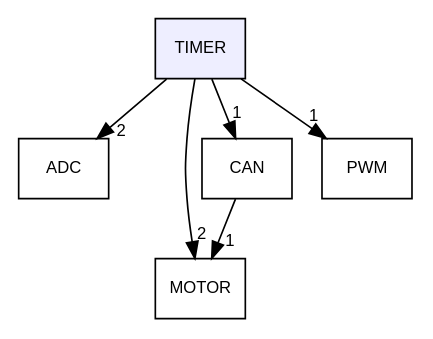
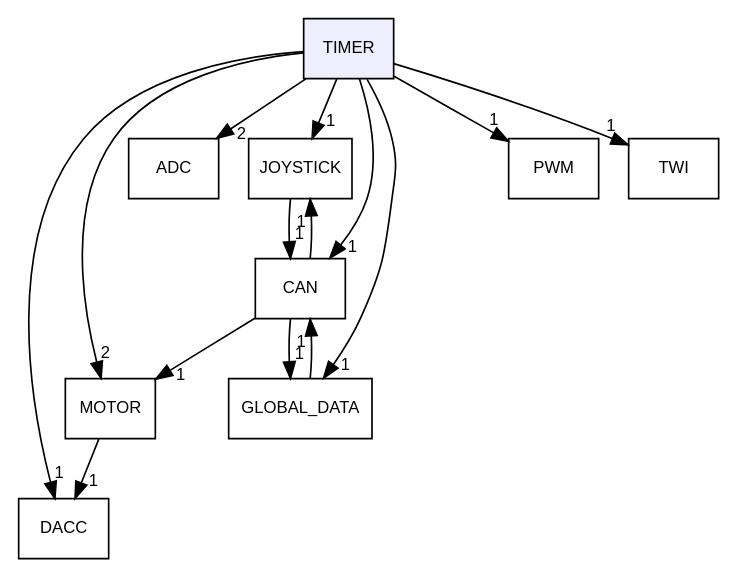
Before and after one commit to Sivaranjith1/Ping_Pong_embedded_project: the diagram in docs/atsam3x8e/dir_f13d34a2797cd5258e5fc25f252f92a1_dep.dot, drawn with Graphviz. The commit also changed 142 other files, not shown here.

```diff
--- a/docs/atsam3x8e/dir_f13d34a2797cd5258e5fc25f252f92a1_dep.dot
+++ b/docs/atsam3x8e/dir_f13d34a2797cd5258e5fc25f252f92a1_dep.dot
@@ -1,15 +1,28 @@
 digraph "TIMER" {
   compound=true
   node [ fontsize="10", fontname="Helvetica"];
   edge [ labelfontsize="10", labelfontname="Helvetica"];
   dir_f13d34a2797cd5258e5fc25f252f92a1 [shape=box, label="TIMER", style="filled", fillcolor="#eeeeff", pencolor="black", URL="dir_f13d34a2797cd5258e5fc25f252f92a1.html"];
+  dir_4f27e7031cf9911b67acf8207f7744bb [shape=box label="JOYSTICK" URL="dir_4f27e7031cf9911b67acf8207f7744bb.html"];
+  dir_229bff14d59bde3bd1f10fc5f108dd3e [shape=box label="DACC" URL="dir_229bff14d59bde3bd1f10fc5f108dd3e.html"];
   dir_739e530fc6fa038c379ec8b4170d8153 [shape=box label="ADC" URL="dir_739e530fc6fa038c379ec8b4170d8153.html"];
   dir_0a69cf46a61eed75dfa538db18e69e1d [shape=box label="MOTOR" URL="dir_0a69cf46a61eed75dfa538db18e69e1d.html"];
   dir_85f99c390bf4c27b62435416daf93629 [shape=box label="CAN" URL="dir_85f99c390bf4c27b62435416daf93629.html"];
+  dir_44a5a6bb2d0311402a695e793fbbe5ac [shape=box label="GLOBAL_DATA" URL="dir_44a5a6bb2d0311402a695e793fbbe5ac.html"];
   dir_3019c187a4dd8408cd979e2223f115c0 [shape=box label="PWM" URL="dir_3019c187a4dd8408cd979e2223f115c0.html"];
+  dir_726ca13d44601ba15fdc17a48cf2f549 [shape=box label="TWI" URL="dir_726ca13d44601ba15fdc17a48cf2f549.html"];
+  dir_4f27e7031cf9911b67acf8207f7744bb->dir_85f99c390bf4c27b62435416daf93629 [headlabel="1", labeldistance=1.5 headhref="dir_000006_000001.html"];
+  dir_0a69cf46a61eed75dfa538db18e69e1d->dir_229bff14d59bde3bd1f10fc5f108dd3e [headlabel="1", labeldistance=1.5 headhref="dir_000007_000002.html"];
+  dir_85f99c390bf4c27b62435416daf93629->dir_4f27e7031cf9911b67acf8207f7744bb [headlabel="1", labeldistance=1.5 headhref="dir_000001_000006.html"];
   dir_85f99c390bf4c27b62435416daf93629->dir_0a69cf46a61eed75dfa538db18e69e1d [headlabel="1", labeldistance=1.5 headhref="dir_000001_000007.html"];
+  dir_85f99c390bf4c27b62435416daf93629->dir_44a5a6bb2d0311402a695e793fbbe5ac [headlabel="1", labeldistance=1.5 headhref="dir_000001_000005.html"];
+  dir_f13d34a2797cd5258e5fc25f252f92a1->dir_4f27e7031cf9911b67acf8207f7744bb [headlabel="1", labeldistance=1.5 headhref="dir_000009_000006.html"];
+  dir_f13d34a2797cd5258e5fc25f252f92a1->dir_229bff14d59bde3bd1f10fc5f108dd3e [headlabel="1", labeldistance=1.5 headhref="dir_000009_000002.html"];
   dir_f13d34a2797cd5258e5fc25f252f92a1->dir_739e530fc6fa038c379ec8b4170d8153 [headlabel="2", labeldistance=1.5 headhref="dir_000009_000000.html"];
   dir_f13d34a2797cd5258e5fc25f252f92a1->dir_0a69cf46a61eed75dfa538db18e69e1d [headlabel="2", labeldistance=1.5 headhref="dir_000009_000007.html"];
   dir_f13d34a2797cd5258e5fc25f252f92a1->dir_85f99c390bf4c27b62435416daf93629 [headlabel="1", labeldistance=1.5 headhref="dir_000009_000001.html"];
+  dir_f13d34a2797cd5258e5fc25f252f92a1->dir_44a5a6bb2d0311402a695e793fbbe5ac [headlabel="1", labeldistance=1.5 headhref="dir_000009_000005.html"];
   dir_f13d34a2797cd5258e5fc25f252f92a1->dir_3019c187a4dd8408cd979e2223f115c0 [headlabel="1", labeldistance=1.5 headhref="dir_000009_000008.html"];
+  dir_f13d34a2797cd5258e5fc25f252f92a1->dir_726ca13d44601ba15fdc17a48cf2f549 [headlabel="1", labeldistance=1.5 headhref="dir_000009_000010.html"];
+  dir_44a5a6bb2d0311402a695e793fbbe5ac->dir_85f99c390bf4c27b62435416daf93629 [headlabel="1", labeldistance=1.5 headhref="dir_000005_000001.html"];
 }
```
